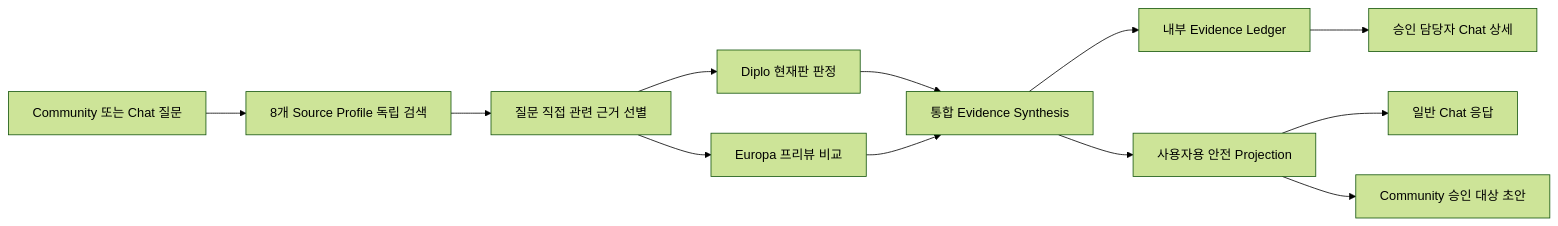
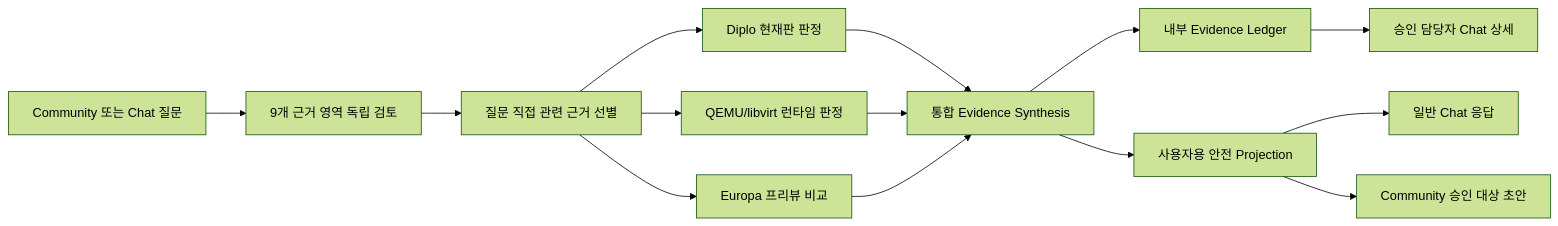
The diagram in docs/plans/issues-62-63-versioned-safe-answer-design.md (ablecloud-team/ablestack-techflow), drawn with Mermaid (forest theme) before and after one commit. The commit also changed other lines of this file and 25 other files, not shown here.

Commit message:
feat: QEMU VNC 지원 답변과 Community 선제 알림 고도화

````diff
--- a/docs/plans/issues-62-63-versioned-safe-answer-design.md
+++ b/docs/plans/issues-62-63-versioned-safe-answer-design.md
@@ -19,14 +20,16 @@
 ```mermaid
 flowchart LR
-    Q["Community 또는 Chat 질문"] --> R["8개 Source Profile 독립 검색"]
+    Q["Community 또는 Chat 질문"] --> R["9개 근거 영역 독립 검토"]
     R --> C["질문 직접 관련 근거 선별"]
     C --> D["Diplo 현재판 판정"]
+    C --> H["QEMU/libvirt 런타임 판정"]
     C --> E["Europa 프리뷰 비교"]
     D --> S["통합 Evidence Synthesis"]
+    H --> S
     E --> S
     S --> L["내부 Evidence Ledger"]
     S --> P["사용자용 안전 Projection"]
     L --> V["승인 담당자 Chat 상세"]
     P --> U["일반 Chat 응답"]
     P --> A["Community 승인 대상 초안"]
 ```
````
